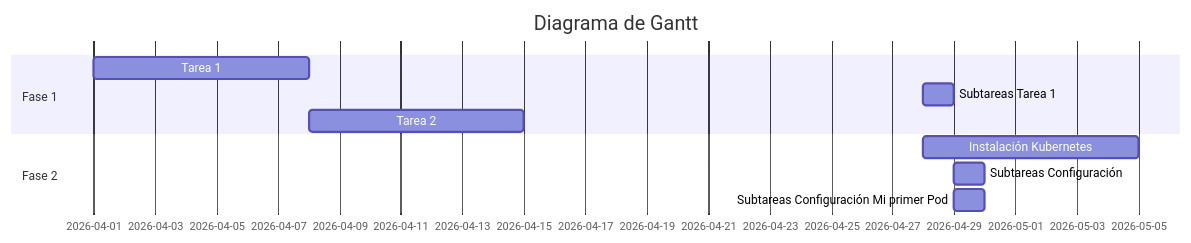
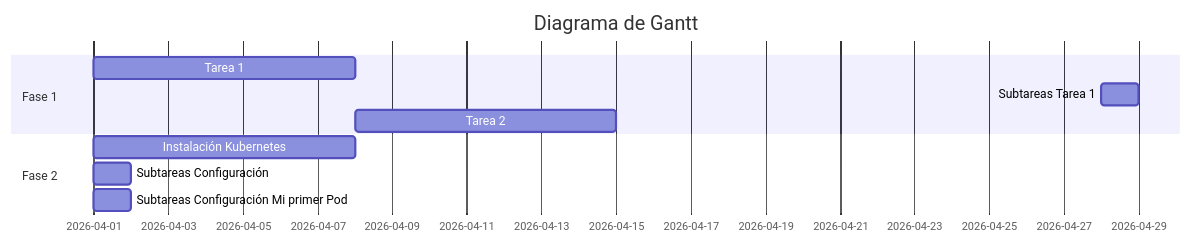
Before and after one commit to pabnaviva/minecraft: the second of 2 diagrams in README.md, drawn with Mermaid.

````diff
--- a/README.md
+++ b/README.md
@@ -21,13 +21,13 @@
 ```mermaid
 gantt
     title Diagrama de Gantt
     dateFormat DD-MM-YYYY
     section Fase 1
-        Tarea 1          :a1, 01-04-2026, 7d
-        Subtareas Tarea 1:after 01-04-2026, 1d
-        Tarea 2          :after a1, 7d
+        Tarea 1                                        :a1, 01-04-2026, 7d
+        Subtareas Tarea 1                              :after 01-04-2026, 1d
+        Tarea 2                                        :after a1, 7d
     section Fase 2
-        Instalación Kubernetes          :28-04-2026, 7d
-        Subtareas Configuración            :29-04-2026, 1d
-        Subtareas Configuración Mi primer Pod          :29-04-2026, 1d
+        Instalación Kubernetes                         :01-04-2026, 7d
+        Subtareas Configuración                        :01-04-2026, 1d
+        Subtareas Configuración Mi primer Pod          :01-04-2026, 1d
 ```
````
